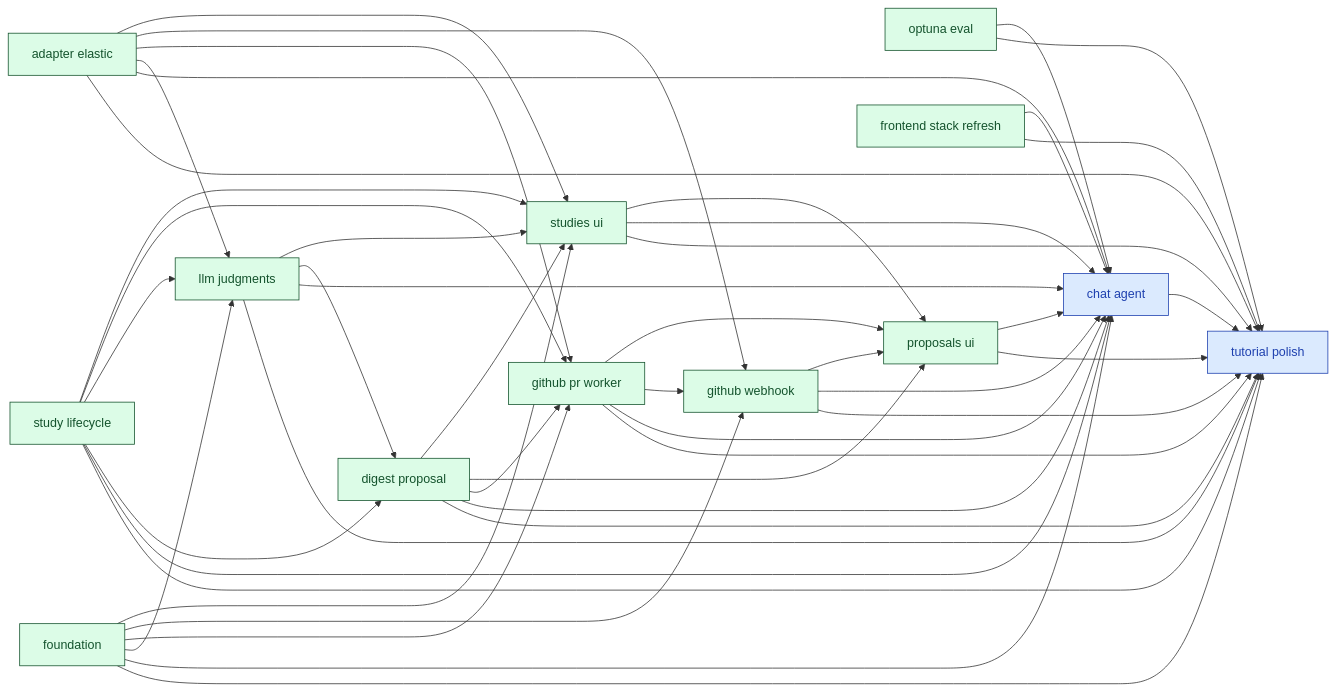
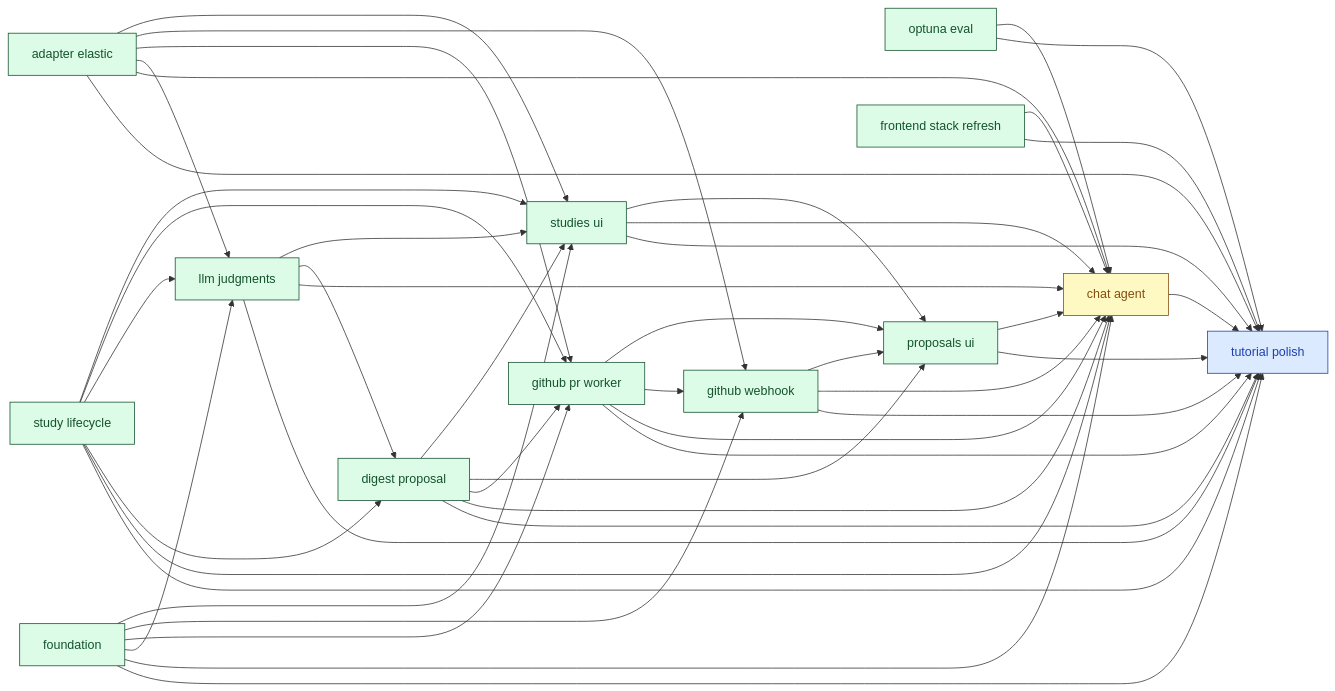
The diagram in docs/00_overview/MVP1_DASHBOARD.md (SoundMindsAI/relyloop), drawn with Mermaid before and after one commit. The commit also changed other lines of this file and 97 other files, not shown here.

First line of the commit message:
feat: feat_chat_agent — chat orchestrator + 19-tool surface + SSE + /chat UI (#60)

````diff
--- a/docs/00_overview/MVP1_DASHBOARD.md
+++ b/docs/00_overview/MVP1_DASHBOARD.md
@@ -92,78 +96,78 @@
 ```mermaid
 graph LR
   classDef done fill:#dcfce7,stroke:#14532d,color:#14532d;
   classDef implement fill:#ffedd5,stroke:#9a3412,color:#9a3412;
   classDef plan fill:#fef9c3,stroke:#854d0e,color:#854d0e;
   classDef spec fill:#dbeafe,stroke:#1e40af,color:#1e40af;
   classDef idea fill:#f1f5f9,stroke:#334155,color:#334155;
   chore_tutorial_polish["tutorial polish"]
   class chore_tutorial_polish spec;
   feat_chat_agent["chat agent"]
-  class feat_chat_agent spec;
+  class feat_chat_agent plan;
   infra_foundation["foundation"]
   class infra_foundation done;
   feat_study_lifecycle["study lifecycle"]
   class feat_study_lifecycle done;
   infra_adapter_elastic["adapter elastic"]
   class infra_adapter_elastic done;
   infra_optuna_eval["optuna eval"]
   class infra_optuna_eval done;
   feat_digest_proposal["digest proposal"]
   class feat_digest_proposal done;
   feat_llm_judgments["llm judgments"]
   class feat_llm_judgments done;
   feat_github_pr_worker["github pr worker"]
   class feat_github_pr_worker done;
   feat_github_webhook["github webhook"]
   class feat_github_webhook done;
   feat_proposals_ui["proposals ui"]
   class feat_proposals_ui done;
   feat_studies_ui["studies ui"]
   class feat_studies_ui done;
   infra_frontend_stack_refresh["frontend stack refresh"]
   class infra_frontend_stack_refresh done;
   feat_chat_agent --> chore_tutorial_polish
   feat_digest_proposal --> chore_tutorial_polish
   feat_github_pr_worker --> chore_tutorial_polish
   feat_github_webhook --> chore_tutorial_polish
   feat_llm_judgments --> chore_tutorial_polish
   feat_proposals_ui --> chore_tutorial_polish
   feat_studies_ui --> chore_tutorial_polish
   feat_study_lifecycle --> chore_tutorial_polish
   infra_adapter_elastic --> chore_tutorial_polish
   infra_foundation --> chore_tutorial_polish
   infra_frontend_stack_refresh --> chore_tutorial_polish
   infra_optuna_eval --> chore_tutorial_polish
   feat_digest_proposal --> feat_chat_agent
   feat_github_pr_worker --> feat_chat_agent
   feat_github_webhook --> feat_chat_agent
   feat_llm_judgments --> feat_chat_agent
   feat_proposals_ui --> feat_chat_agent
   feat_studies_ui --> feat_chat_agent
   feat_study_lifecycle --> feat_chat_agent
   infra_adapter_elastic --> feat_chat_agent
   infra_foundation --> feat_chat_agent
   infra_frontend_stack_refresh --> feat_chat_agent
   infra_optuna_eval --> feat_chat_agent
   feat_study_lifecycle --> feat_digest_proposal
   feat_llm_judgments --> feat_digest_proposal
   infra_foundation --> feat_llm_judgments
   infra_adapter_elastic --> feat_llm_judgments
   feat_study_lifecycle --> feat_llm_judgments
   infra_foundation --> feat_github_pr_worker
   infra_adapter_elastic --> feat_github_pr_worker
   feat_study_lifecycle --> feat_github_pr_worker
   feat_digest_proposal --> feat_github_pr_worker
   infra_foundation --> feat_github_webhook
   infra_adapter_elastic --> feat_github_webhook
   feat_github_pr_worker --> feat_github_webhook
   feat_studies_ui --> feat_proposals_ui
   feat_digest_proposal --> feat_proposals_ui
   feat_github_pr_worker --> feat_proposals_ui
   feat_github_webhook --> feat_proposals_ui
   infra_foundation --> feat_studies_ui
   feat_study_lifecycle --> feat_studies_ui
   feat_digest_proposal --> feat_studies_ui
   feat_llm_judgments --> feat_studies_ui
   infra_adapter_elastic --> feat_studies_ui
 ```
````
